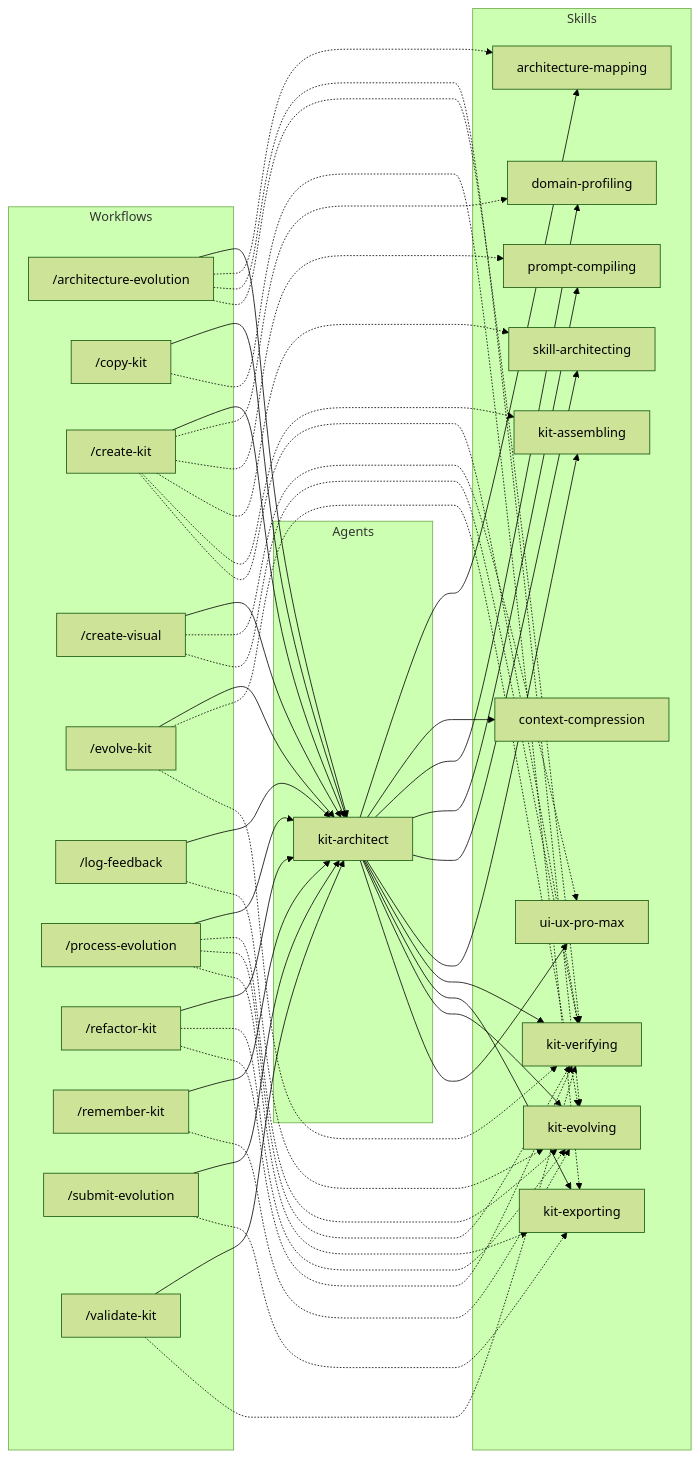
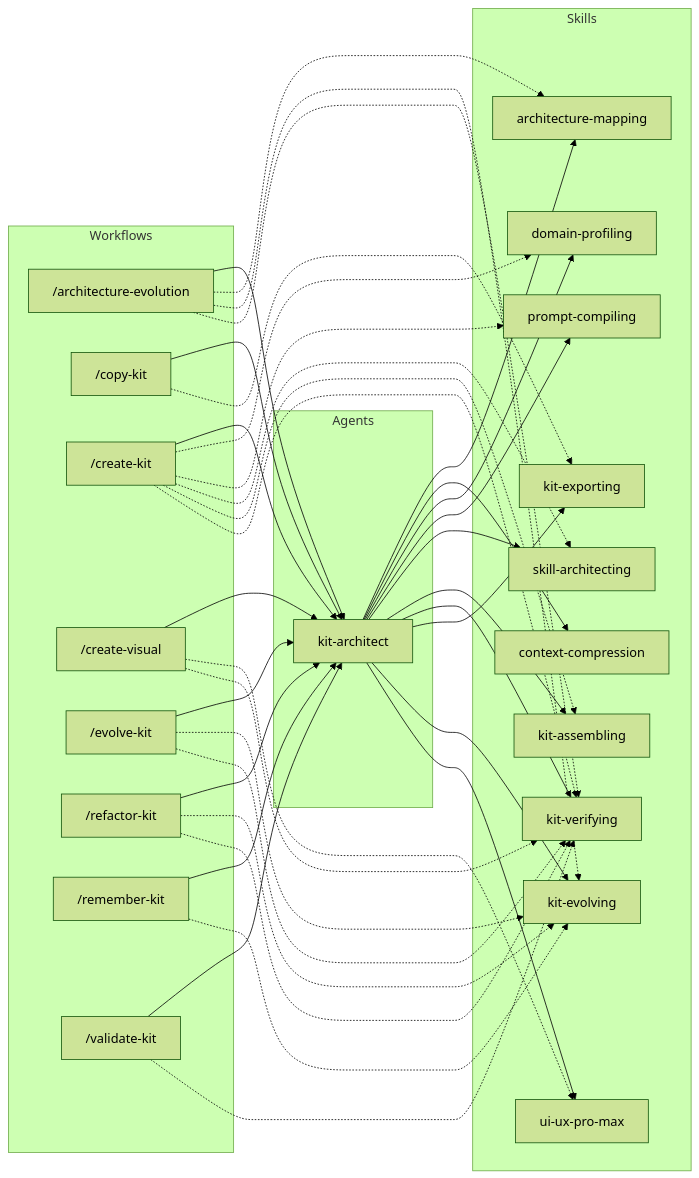
One commit to thelightinker/Agent-Kit-Builder changed the diagram in .agents/DEPENDENCY_GRAPH.md. Above: the diagram before and after it, drawn with Mermaid (forest theme). The commit also changed other lines of this file and 5 other files, not shown here.

Commit message:
feat(feedback): update rules, kit assembling, and recompile manifest for Central Feedback Hub

````diff
--- a/.agents/DEPENDENCY_GRAPH.md
+++ b/.agents/DEPENDENCY_GRAPH.md
@@ -7,74 +7,63 @@
 ```mermaid
 flowchart LR
   subgraph Workflows
     W_architecture_evolution["/architecture-evolution"]
     W_copy_kit["/copy-kit"]
     W_create_kit["/create-kit"]
     W_create_visual["/create-visual"]
     W_evolve_kit["/evolve-kit"]
-    W_log_feedback["/log-feedback"]
-    W_process_evolution["/process-evolution"]
     W_refactor_kit["/refactor-kit"]
     W_remember_kit["/remember-kit"]
-    W_submit_evolution["/submit-evolution"]
     W_validate_kit["/validate-kit"]
   end
   subgraph Agents
     A_kit_architect["kit-architect"]
   end
   subgraph Skills
     S_architecture_mapping["architecture-mapping"]
     S_context_compression["context-compression"]
     S_domain_profiling["domain-profiling"]
     S_kit_assembling["kit-assembling"]
     S_kit_evolving["kit-evolving"]
     S_kit_exporting["kit-exporting"]
     S_kit_verifying["kit-verifying"]
     S_prompt_compiling["prompt-compiling"]
     S_skill_architecting["skill-architecting"]
     S_ui_ux_pro_max["ui-ux-pro-max"]
   end
   W_architecture_evolution --> A_kit_architect
   W_architecture_evolution -.-> S_architecture_mapping
   W_architecture_evolution -.-> S_kit_evolving
   W_architecture_evolution -.-> S_kit_verifying
   W_copy_kit --> A_kit_architect
   W_copy_kit -.-> S_kit_exporting
   W_create_kit --> A_kit_architect
   W_create_kit -.-> S_domain_profiling
   W_create_kit -.-> S_prompt_compiling
   W_create_kit -.-> S_skill_architecting
   W_create_kit -.-> S_kit_assembling
   W_create_kit -.-> S_kit_verifying
   W_create_visual --> A_kit_architect
   W_create_visual -.-> S_ui_ux_pro_max
   W_create_visual -.-> S_kit_verifying
   W_evolve_kit --> A_kit_architect
   W_evolve_kit -.-> S_kit_evolving
   W_evolve_kit -.-> S_kit_verifying
-  W_log_feedback --> A_kit_architect
-  W_log_feedback -.-> S_kit_evolving
-  W_process_evolution --> A_kit_architect
-  W_process_evolution -.-> S_kit_evolving
-  W_process_evolution -.-> S_kit_verifying
-  W_process_evolution -.-> S_kit_exporting
   W_refactor_kit --> A_kit_architect
   W_refactor_kit -.-> S_kit_evolving
   W_refactor_kit -.-> S_kit_verifying
   W_remember_kit --> A_kit_architect
   W_remember_kit -.-> S_kit_evolving
-  W_submit_evolution --> A_kit_architect
-  W_submit_evolution -.-> S_kit_exporting
   W_validate_kit --> A_kit_architect
   W_validate_kit -.-> S_kit_verifying
   A_kit_architect --> S_architecture_mapping
   A_kit_architect --> S_context_compression
   A_kit_architect --> S_domain_profiling
   A_kit_architect --> S_prompt_compiling
   A_kit_architect --> S_skill_architecting
   A_kit_architect --> S_kit_assembling
   A_kit_architect --> S_kit_verifying
   A_kit_architect --> S_kit_exporting
   A_kit_architect --> S_kit_evolving
   A_kit_architect --> S_ui_ux_pro_max
 ```
````
